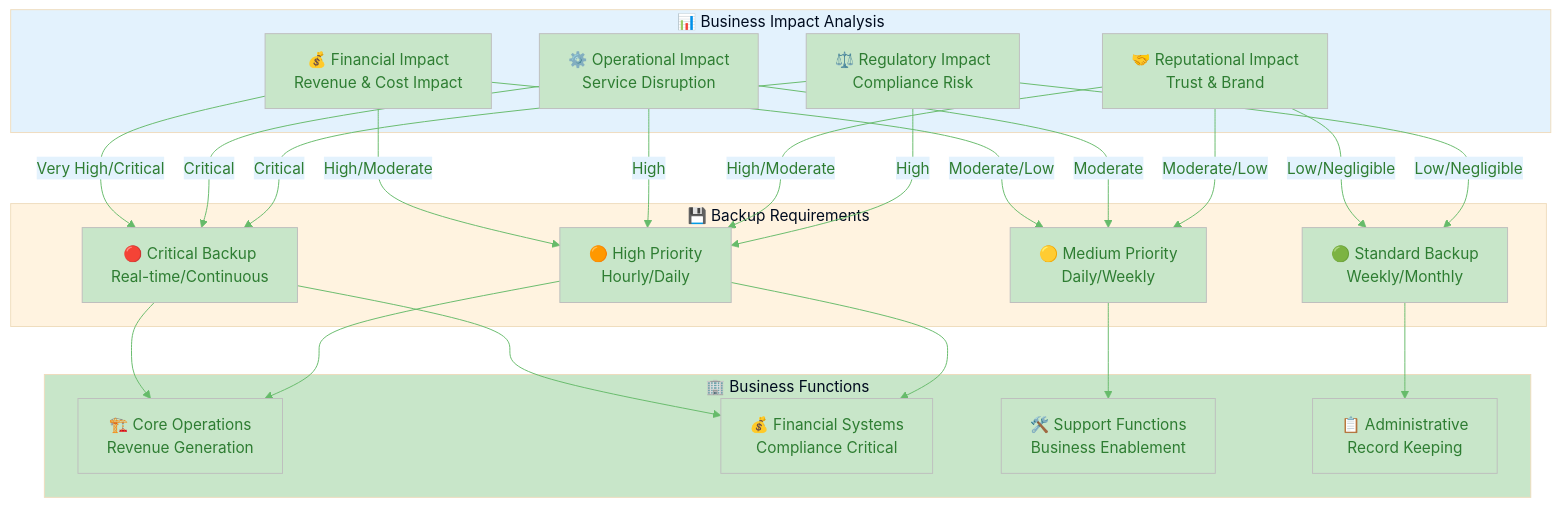
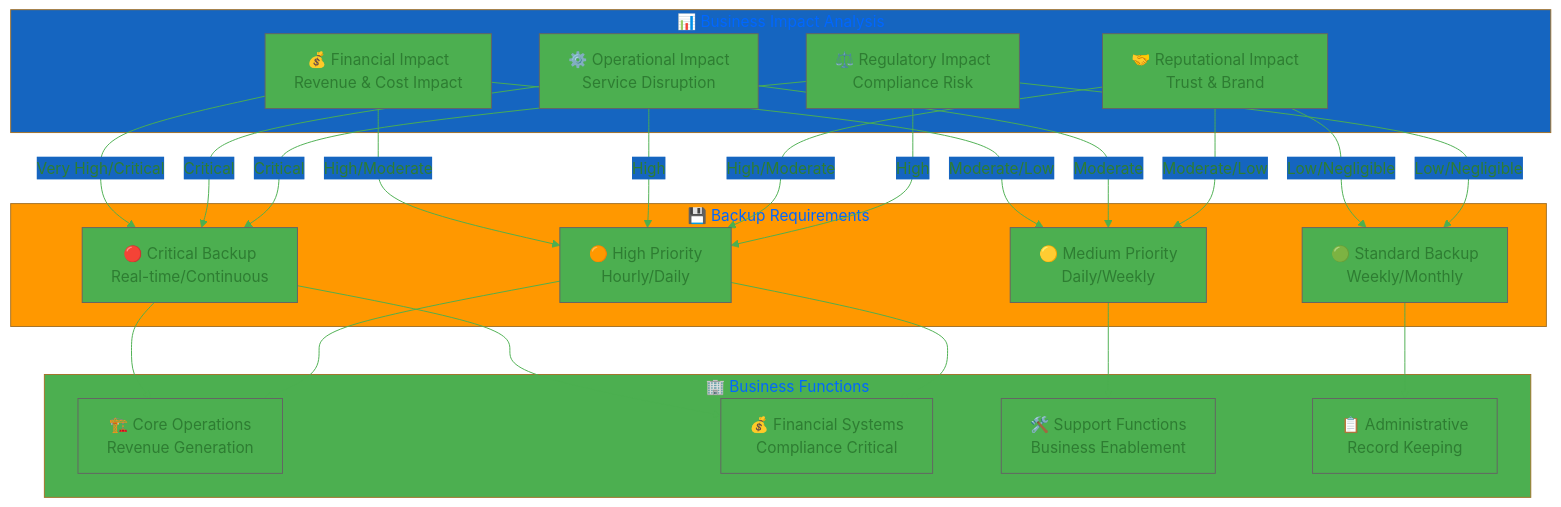
The diagram in Backup_Recovery_Policy.md (Hack23/ISMS-PUBLIC), drawn with Mermaid before and after one commit. The commit also changed other lines of this file and 35 other files, not shown here.

````diff
--- a/Backup_Recovery_Policy.md
+++ b/Backup_Recovery_Policy.md
@@ -40,62 +40,62 @@
 ```mermaid
 %%{
   init: {
     'theme': 'base',
     'themeVariables': {
-      'primaryColor': '#c8e6c9',
+      'primaryColor': '#4CAF50',
       'primaryTextColor': '#2e7d32',
-      'lineColor': '#66bb6a',
-      'secondaryColor': '#e3f2fd',
-      'tertiaryColor': '#fff3e0'
+      'lineColor': '#4CAF50',
+      'secondaryColor': '#1565C0',
+      'tertiaryColor': '#FF9800'
     }
   }
 }%%
 graph TD
     subgraph BIA["📊 Business Impact Analysis"]
         FIN[💰 Financial Impact<br/>Revenue & Cost Impact]
         OPS[⚙️ Operational Impact<br/>Service Disruption]
         REP[🤝 Reputational Impact<br/>Trust & Brand]
         REG[⚖️ Regulatory Impact<br/>Compliance Risk]
     end
     
     subgraph BACKUP["💾 Backup Requirements"]
         CRITICAL[🔴 Critical Backup<br/>Real-time/Continuous]
         HIGH[🟠 High Priority<br/>Hourly/Daily]
         MEDIUM[🟡 Medium Priority<br/>Daily/Weekly]
         STANDARD[🟢 Standard Backup<br/>Weekly/Monthly]
     end
     
     subgraph BUSINESS["🏢 Business Functions"]
         CORE[🏗️ Core Operations<br/>Revenue Generation]
         FINANCE[💰 Financial Systems<br/>Compliance Critical]
         SUPPORT[🛠️ Support Functions<br/>Business Enablement]
         ADMIN[📋 Administrative<br/>Record Keeping]
     end
     
     FIN -->|Very High/Critical| CRITICAL
     OPS -->|Critical| CRITICAL
     REG -->|Critical| CRITICAL
     
     FIN -->|High/Moderate| HIGH
     OPS -->|High| HIGH
     REP -->|High/Moderate| HIGH
     REG -->|High| HIGH
     
     FIN -->|Moderate/Low| MEDIUM
     OPS -->|Moderate| MEDIUM
     REP -->|Moderate/Low| MEDIUM
     
     REP -->|Low/Negligible| STANDARD
     REG -->|Low/Negligible| STANDARD
     
     CRITICAL --> CORE
     CRITICAL --> FINANCE
     HIGH --> CORE
     HIGH --> FINANCE
     MEDIUM --> SUPPORT
     STANDARD --> ADMIN
     
-    style BIA fill:#e3f2fd
-    style BACKUP fill:#fff3e0
-    style BUSINESS fill:#c8e6c9
+    style BIA fill:#1565C0
+    style BACKUP fill:#FF9800
+    style BUSINESS fill:#4CAF50
 ```
````
